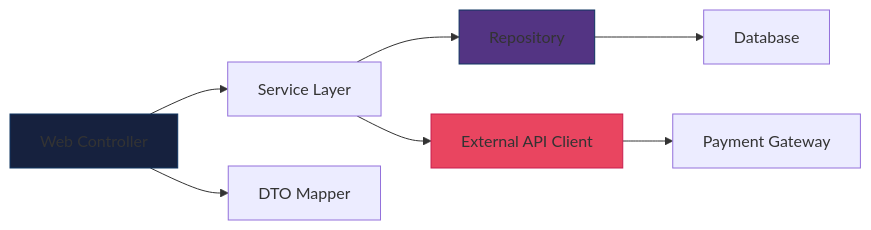
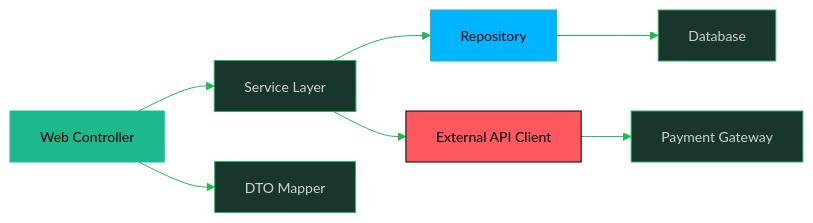
One commit to oat431/swe-knowledge changed the fourth of 8 diagrams in software-engineering-note/07_Software_Maintenance/09_Maintenance_Tools_and_Techniques.md. Above: the diagram before and after it, drawn with Mermaid. The commit also changed other lines of this file and 10 other files, not shown here.

````diff
--- a/software-engineering-note/07_Software_Maintenance/09_Maintenance_Tools_and_Techniques.md
+++ b/software-engineering-note/07_Software_Maintenance/09_Maintenance_Tools_and_Techniques.md
@@ -204,13 +207,14 @@
 ```mermaid
+%%{init: {'theme':'base','themeVariables':{'primaryColor':'#19362D','primaryTextColor':'#CDD3D1','primaryBorderColor':'#1FB854','lineColor':'#1FB854','secondaryColor':'#161212','tertiaryColor':'#1B1717','background':'#1B1717','mainBkg':'#19362D','nodeBorder':'#1FB854','clusterBkg':'#161212','clusterBorder':'#19362D','titleColor':'#1FB854','edgeLabelBackground':'#161212','fontSize':'14px'}}}%%
 graph LR
     A[Web Controller] --> B[Service Layer]
     A --> C[DTO Mapper]
     B --> D[Repository]
     B --> E[External API Client]
     D --> F[Database]
     E --> G[Payment Gateway]
     
-    style A fill:#16213e,stroke:#0f3460
-    style D fill:#533483,stroke:#0f3460
-    style E fill:#e94560,stroke:#c81d4e
+    style A fill:#1EB88E,stroke:#1FB8AB,color:#000000
+    style D fill:#00B5FF,stroke:#1FB8AB,color:#000000
+    style E fill:#FF5861,stroke:#000000,color:#000000
 ```
````
